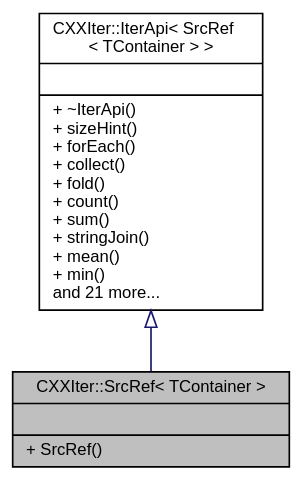
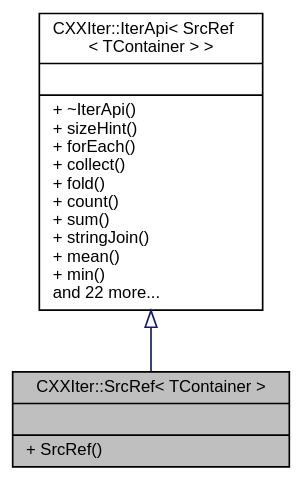
Before and after one commit to seijikun/CXXIter: the diagram in classCXXIter_1_1SrcRef__inherit__graph.dot, drawn with Graphviz. The commit also changed 54 other files, not shown here.

```diff
--- a/classCXXIter_1_1SrcRef__inherit__graph.dot
+++ b/classCXXIter_1_1SrcRef__inherit__graph.dot
@@ -1,11 +1,11 @@
 digraph "CXXIter::SrcRef&lt; TContainer &gt;"
 {
  // INTERACTIVE_SVG=YES
  // LATEX_PDF_SIZE
   bgcolor="transparent";
   edge [fontname="Helvetica",fontsize="10",labelfontname="Helvetica",labelfontsize="10"];
   node [fontname="Helvetica",fontsize="10",shape=record];
   Node1 [label="{CXXIter::SrcRef\< TContainer \>\n||+ SrcRef()\l}",height=0.2,width=0.4,color="black", fillcolor="grey75", style="filled", fontcolor="black",tooltip="CXXIter iterator source that mutably borrows the input item source, and passes mutable references to ..."];
   Node2 -> Node1 [dir="back",color="midnightblue",fontsize="10",style="solid",arrowtail="onormal",fontname="Helvetica"];
-  Node2 [label="{CXXIter::IterApi\< SrcRef\l\< TContainer \> \>\n||+ ~IterApi()\l+ sizeHint()\l+ forEach()\l+ collect()\l+ fold()\l+ count()\l+ sum()\l+ stringJoin()\l+ mean()\l+ min()\land 21 more...\l}",height=0.2,width=0.4,color="black",URL="$classCXXIter_1_1IterApi.html",tooltip=" "];
+  Node2 [label="{CXXIter::IterApi\< SrcRef\l\< TContainer \> \>\n||+ ~IterApi()\l+ sizeHint()\l+ forEach()\l+ collect()\l+ fold()\l+ count()\l+ sum()\l+ stringJoin()\l+ mean()\l+ min()\land 22 more...\l}",height=0.2,width=0.4,color="black",URL="$classCXXIter_1_1IterApi.html",tooltip=" "];
 }
```
